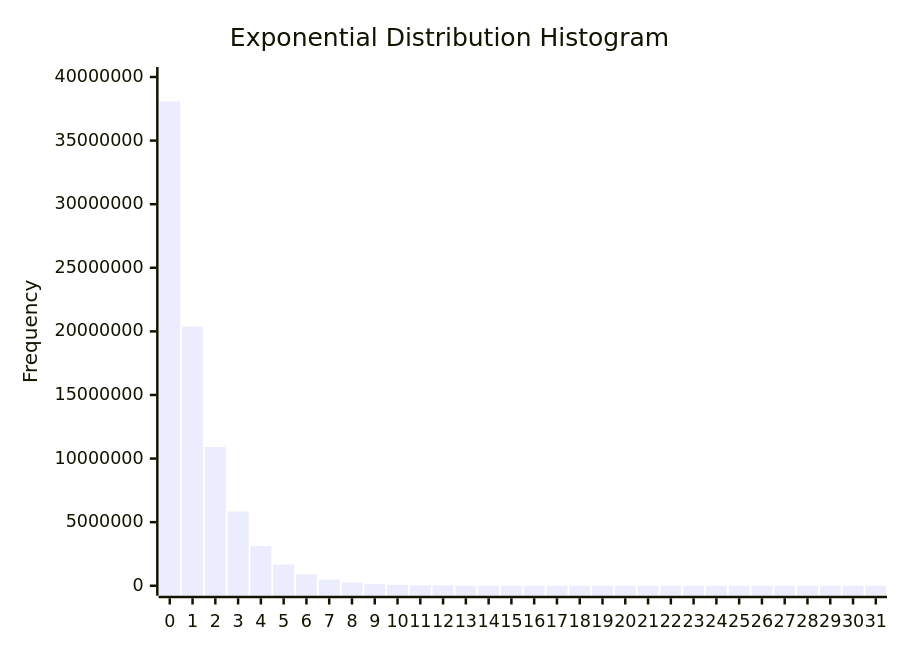
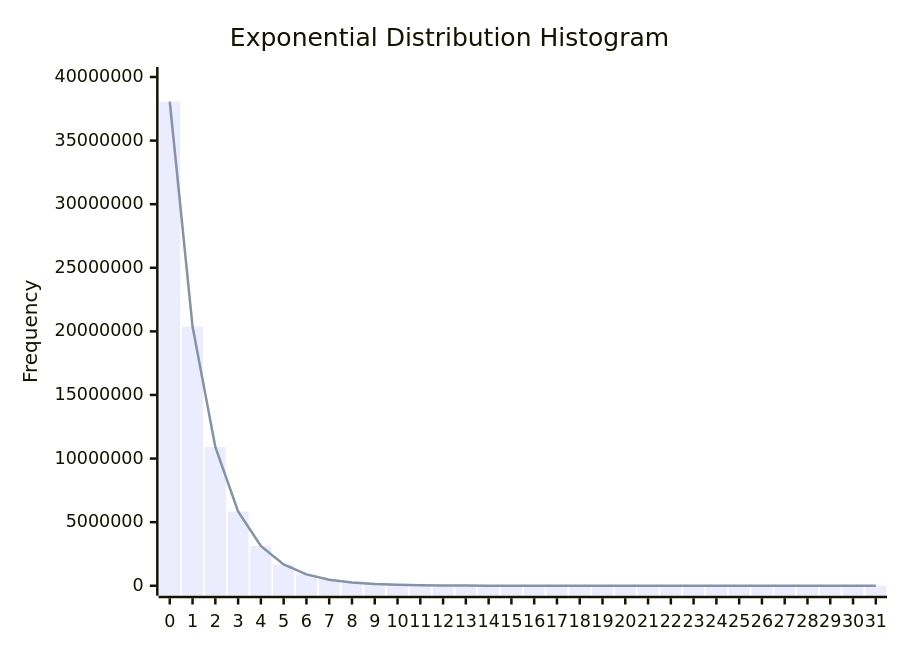
The first of 2 diagrams in assignments/hw6/README.md (1am9trash/Cuda-Parallel-Intro), drawn with Mermaid before and after one commit. The commit also changed other lines of this file, not shown here.

````diff
--- a/assignments/hw6/README.md
+++ b/assignments/hw6/README.md
@@ -33,7 +59,8 @@
 ```mermaid
 xychart-beta
     title "Exponential Distribution Histogram"
     x-axis [0, 1, 2, 3, 4, 5, 6, 7, 8, 9, 10, 11, 12, 13, 14, 15, 16, 17, 18, 19, 20, 21, 22, 23, 24, 25, 26, 27, 28, 29, 30, 31]
     y-axis "Frequency" 0 --> 40000000
     bar [38071545, 20374335, 10908246, 5838099, 3125645, 1674268, 895460, 480088, 256432, 138042, 73158, 39422, 20934, 11318, 6009, 3262, 1727, 926, 496, 274, 149, 73, 42, 25, 14, 4, 7, 0, 0, 0, 0, 0]
+    line [38071384, 20378143, 10907634, 5838436, 3125089, 1672740, 895353, 479248, 256523, 137307, 73495, 39339, 21057, 11271, 6033, 3229, 1728, 925, 495, 265, 142, 76, 41, 22, 12, 6, 3, 2, 1, 1, 0, 0]
 ```
````
